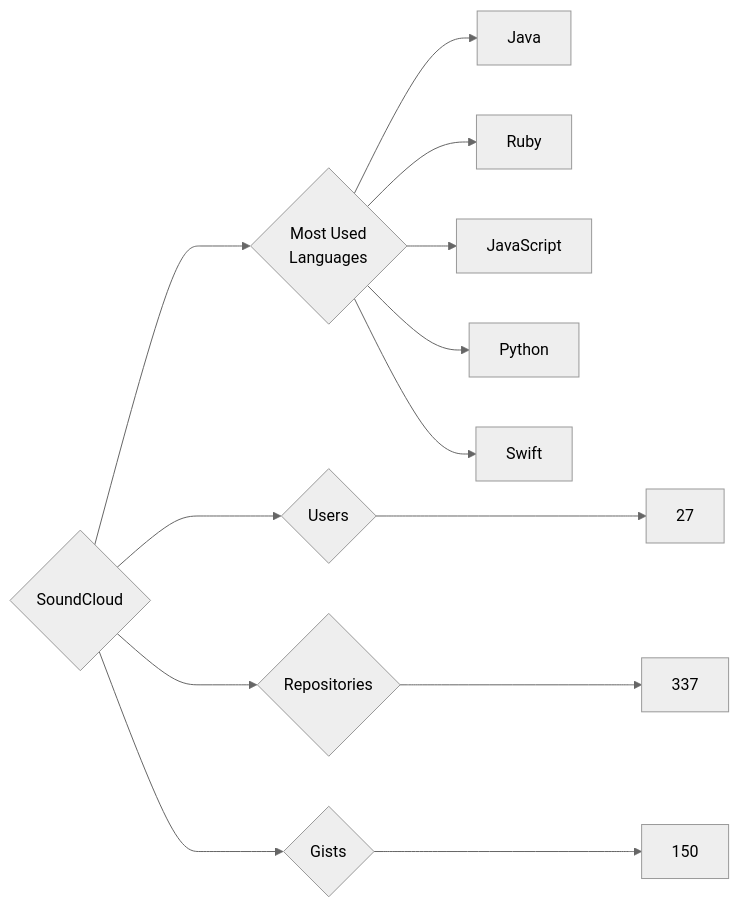
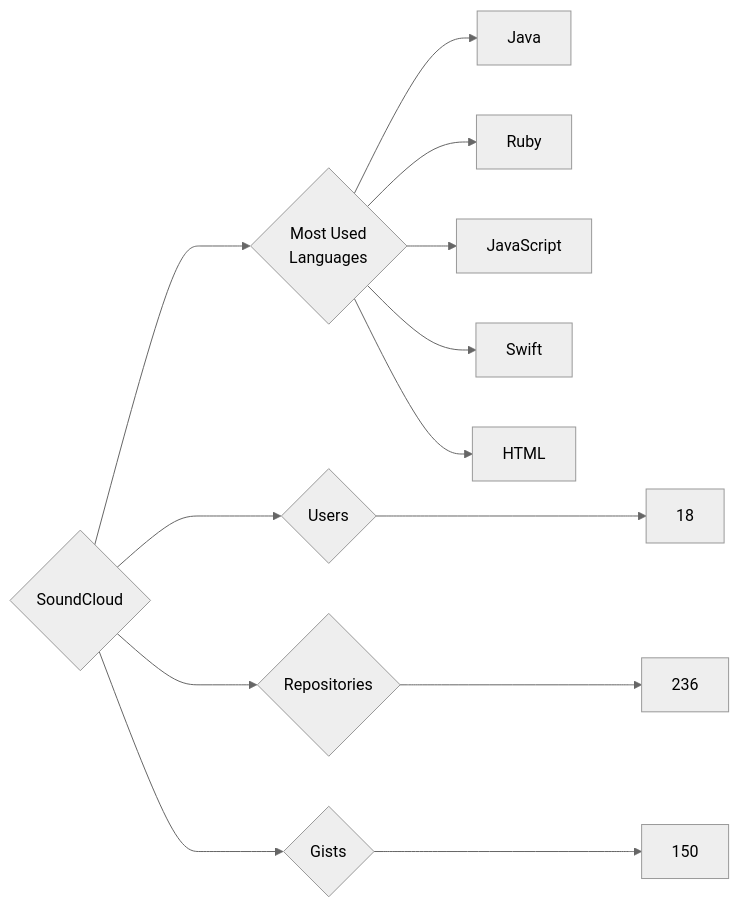
One commit to trickest/insiders changed the diagram in targets/SoundCloud/README.md. Above: the diagram before and after it, drawn with Mermaid (neutral theme). The commit also changed 725 other files, not shown here.

````diff
--- a/targets/SoundCloud/README.md
+++ b/targets/SoundCloud/README.md
@@ -3,13 +3,13 @@
 ```mermaid
 graph LR
 COMPANY_NAME{SoundCloud}
-COMPANY_NAME ---> U{Users} ---> UN[27]
-COMPANY_NAME ---> R{Repositories} ---> RN[337]
+COMPANY_NAME ---> U{Users} ---> UN[18]
+COMPANY_NAME ---> R{Repositories} ---> RN[236]
 COMPANY_NAME ---> G{Gists} ---> GN[150]
 COMPANY_NAME ---> ML{Most Used<br>Languages}
 ML --> Java[Java]
 ML --> Ruby[Ruby]
 ML --> JavaScript[JavaScript]
-ML --> Python[Python]
 ML --> Swift[Swift]
+ML --> HTML[HTML]
 ```
````
